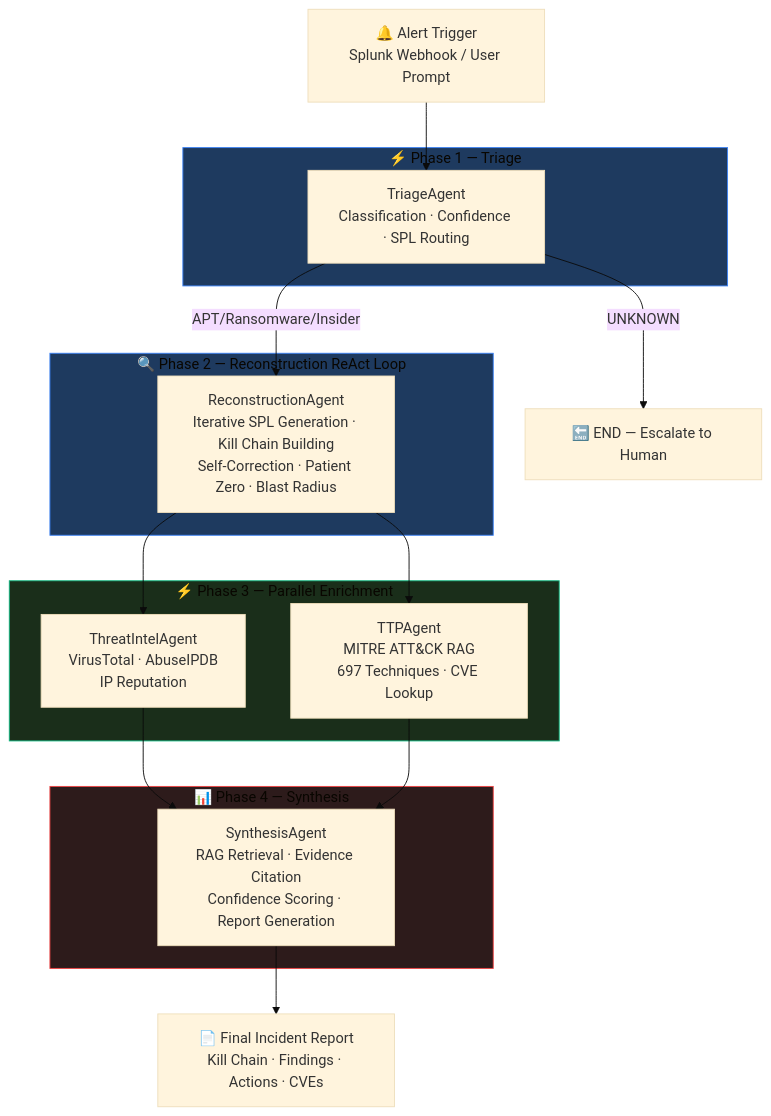
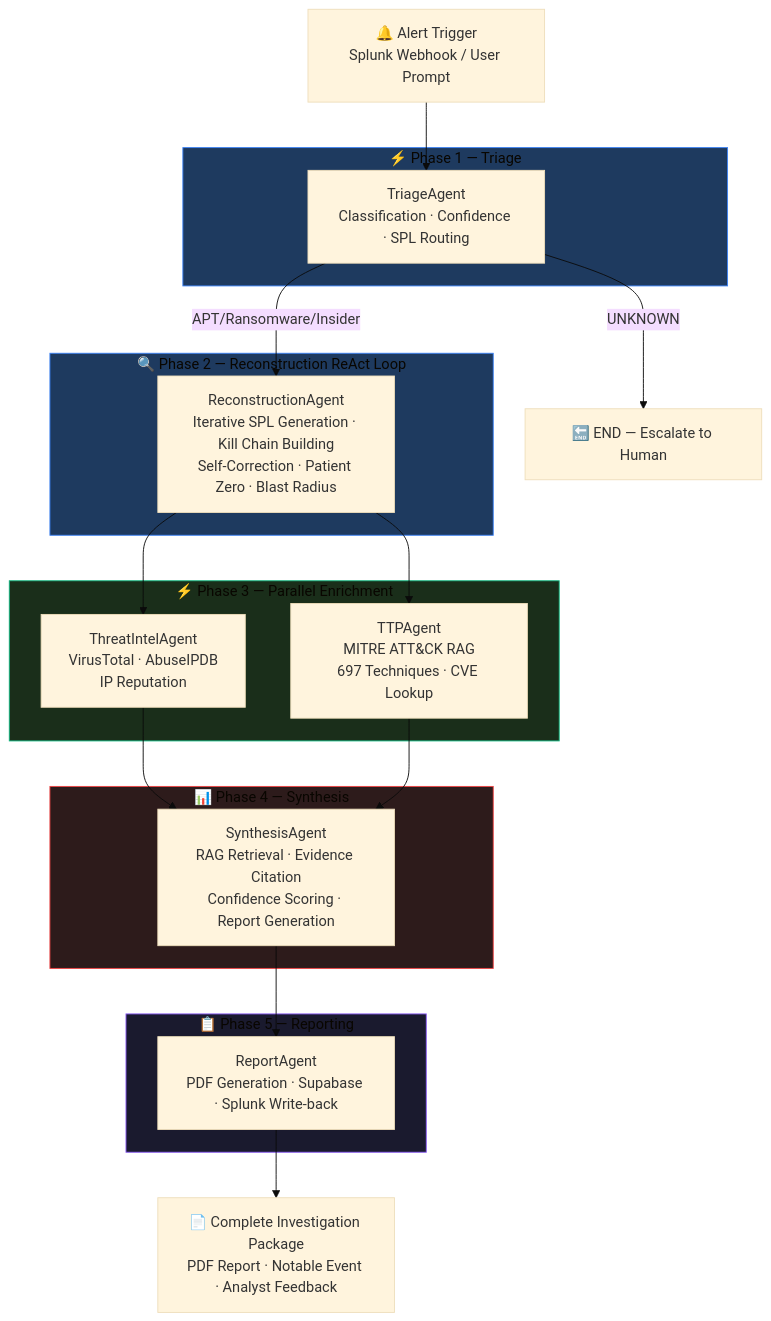
One commit to Asembris/splunk-sentinel changed the first of 6 diagrams in README.md. Above: the diagram before and after it, drawn with Mermaid (base theme). The commit also changed other lines of this file, not shown here.

````diff
--- a/README.md
+++ b/README.md
@@ -59,34 +60,40 @@
 ```mermaid
 graph TD
     A[🔔 Alert Trigger<br/>Splunk Webhook / User Prompt] --> B
 
     subgraph TRIAGE ["⚡ Phase 1 — Triage"]
         B[TriageAgent<br/>Classification · Confidence · SPL Routing]
     end
 
     subgraph RECONSTRUCTION ["🔍 Phase 2 — Reconstruction ReAct Loop"]
         C[ReconstructionAgent<br/>Iterative SPL Generation · Kill Chain Building<br/>Self-Correction · Patient Zero · Blast Radius]
     end
 
     subgraph PARALLEL ["⚡ Phase 3 — Parallel Enrichment"]
         D[ThreatIntelAgent<br/>VirusTotal · AbuseIPDB<br/>IP Reputation]
         E[TTPAgent<br/>MITRE ATT&CK RAG<br/>697 Techniques · CVE Lookup]
     end
 
     subgraph SYNTHESIS ["📊 Phase 4 — Synthesis"]
         F[SynthesisAgent<br/>RAG Retrieval · Evidence Citation<br/>Confidence Scoring · Report Generation]
     end
 
+    subgraph REPORTING ["📋 Phase 5 — Reporting"]
+        RA[ReportAgent<br/>PDF · Supabase · Splunk Write-back<br/>4-Tier Confidence Ladder]
+    end
+
     B -->|APT/Ransomware/Insider| C
     B -->|UNKNOWN| Z[🔚 END — Escalate to Human]
     C --> D
     C --> E
     D --> F
     E --> F
-    F --> G[📄 Final Incident Report<br/>Kill Chain · Findings · Actions · CVEs]
+    F --> RA[ReportAgent<br/>PDF Generation · Supabase · Splunk Write-back]
+    RA --> G[📄 Complete Investigation Package<br/>PDF Report · Notable Event · Analyst Feedback]
 
     style TRIAGE fill:#1e3a5f,stroke:#3b82f6
     style RECONSTRUCTION fill:#1e3a5f,stroke:#3b82f6
     style PARALLEL fill:#1a2e1a,stroke:#10b981
     style SYNTHESIS fill:#2d1b1b,stroke:#ef4444
+    style REPORTING fill:#1a1a2e,stroke:#8b5cf6
 ```
````
